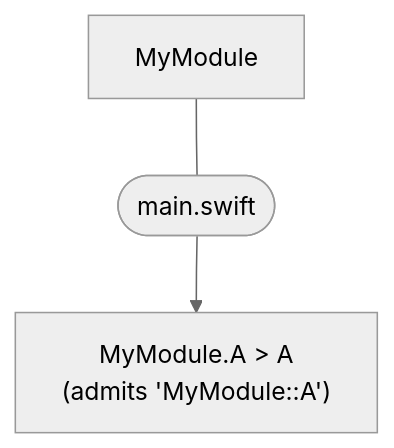
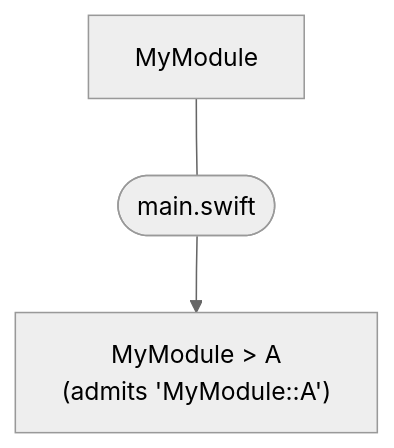
Before and after one commit to filip-sakel/swift-syntax: the first of 8 diagrams in Sources/SwiftLexicalLookup/SwiftLexicalLookup.docc/TypeGraph.md, drawn with Mermaid (neutral theme). The commit also changed other lines of this file, not shown here.

````diff
--- a/Sources/SwiftLexicalLookup/SwiftLexicalLookup.docc/TypeGraph.md
+++ b/Sources/SwiftLexicalLookup/SwiftLexicalLookup.docc/TypeGraph.md
@@ -39,9 +39,9 @@
 ```mermaid
 flowchart TD
     root["MyModule"]
-    memberA["MyModule.A > A<br/>(admits 'MyModule::A')"]
+    memberA["MyModule > A<br/>(admits 'MyModule::A')"]
     file(["main.swift"])
 
     root --- file
     file --> memberA
 ```
````
